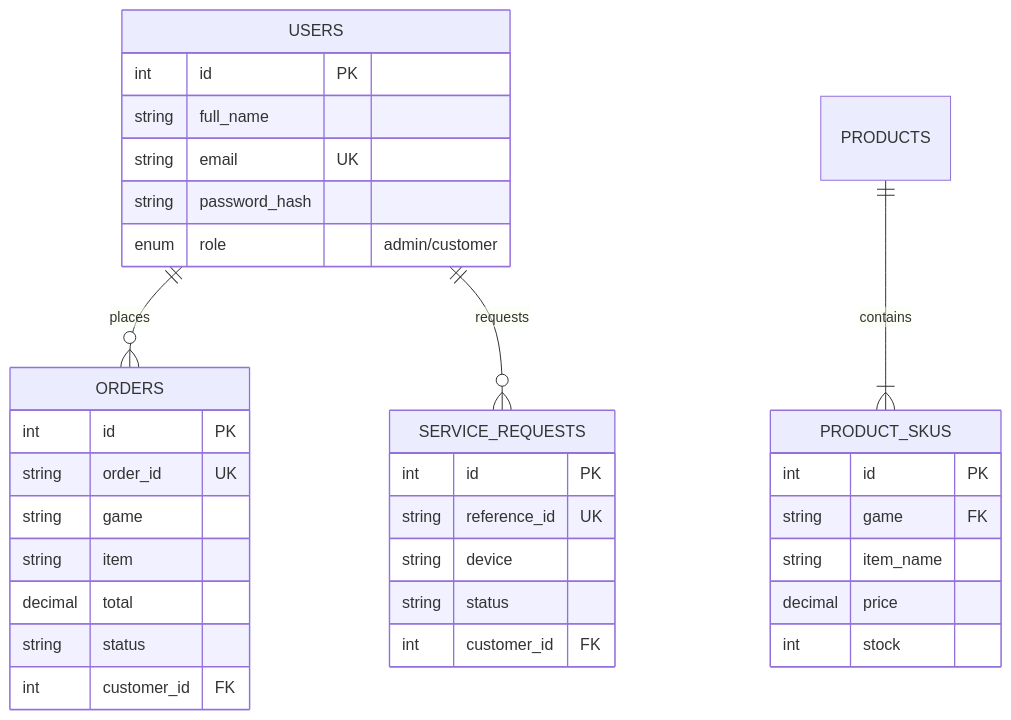
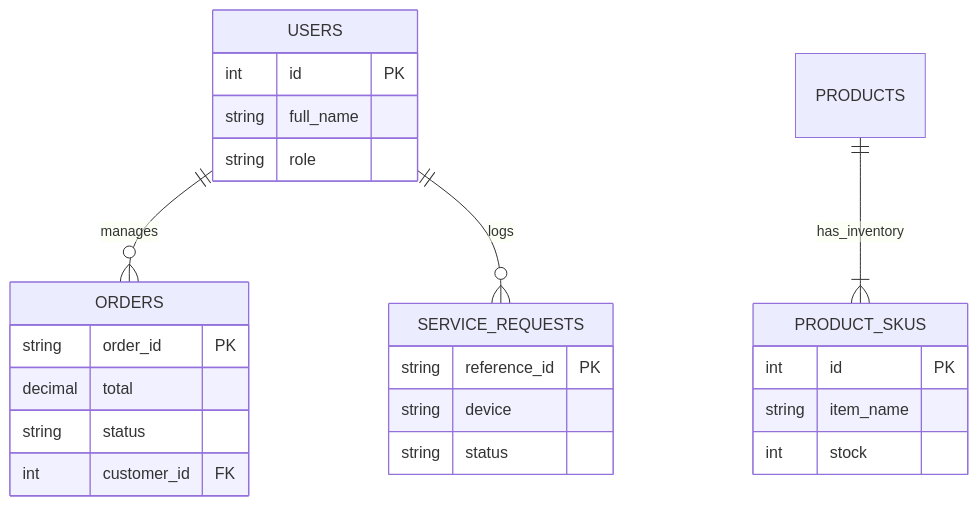
One commit to Jaylo01/tech-noblade changed the third of 3 diagrams in DOCUMENTATION.md. Above: the diagram before and after it, drawn with Mermaid. The commit also changed other lines of this file, not shown here.

Commit message:
DOCS: Refined Mermaid diagrams in DOCUMENTATION.md for zero-overlap clarity

````diff
--- a/DOCUMENTATION.md
+++ b/DOCUMENTATION.md
@@ -92,40 +80,31 @@
 ```mermaid
 erDiagram
-    USERS ||--o{ ORDERS : "places"
-    USERS ||--o{ SERVICE_REQUESTS : "requests"
-    PRODUCTS ||--|{ PRODUCT_SKUS : "contains"
+    USERS ||--o{ ORDERS : "manages"
+    USERS ||--o{ SERVICE_REQUESTS : "logs"
+    PRODUCTS ||--|{ PRODUCT_SKUS : "has_inventory"
     
     USERS {
         int id PK
         string full_name
-        string email UK
-        string password_hash
-        enum role "admin/customer"
+        string role
     }
 
     ORDERS {
-        int id PK
-        string order_id UK
-        string game
-        string item
+        string order_id PK
         decimal total
         string status
         int customer_id FK
     }
 
     PRODUCT_SKUS {
         int id PK
-        string game FK
         string item_name
-        decimal price
         int stock
     }
 
     SERVICE_REQUESTS {
-        int id PK
-        string reference_id UK
+        string reference_id PK
         string device
         string status
-        int customer_id FK
     }
 ```
````
